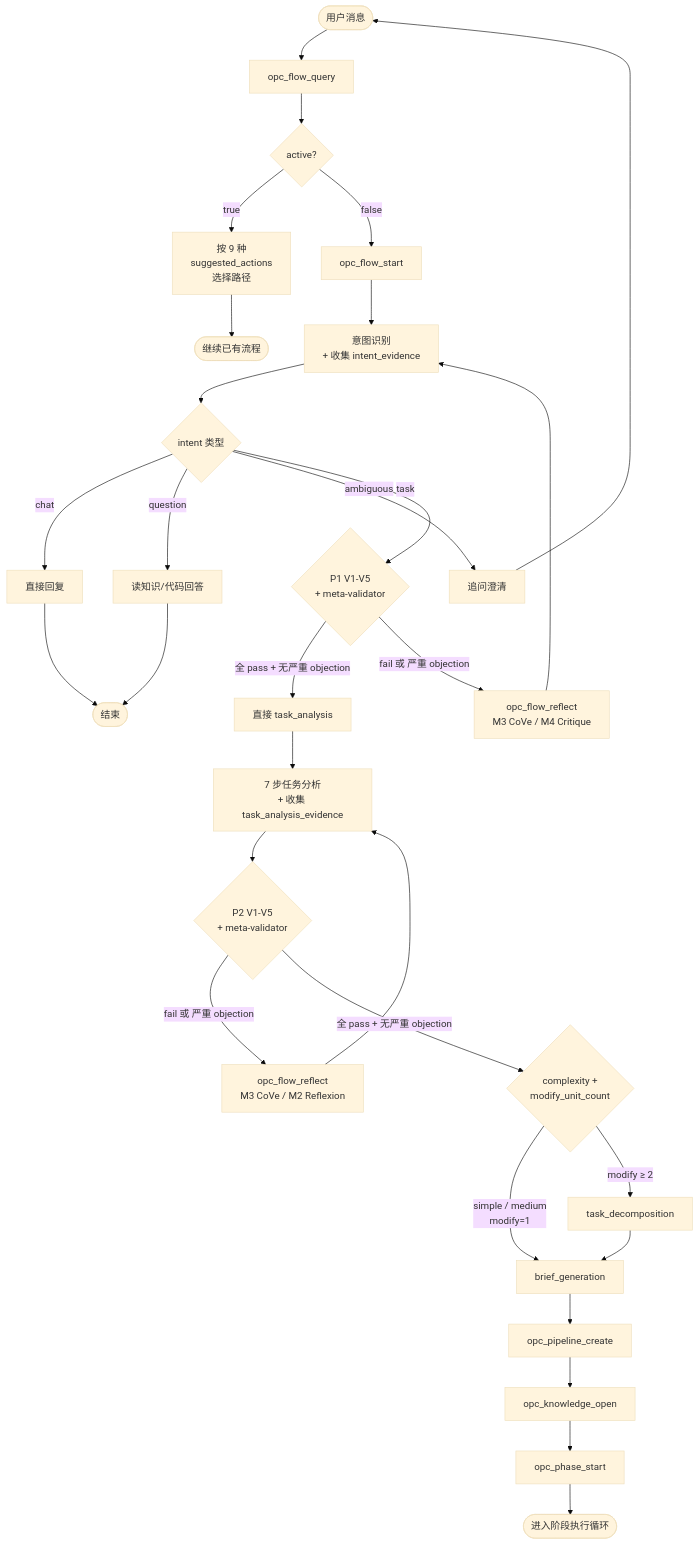
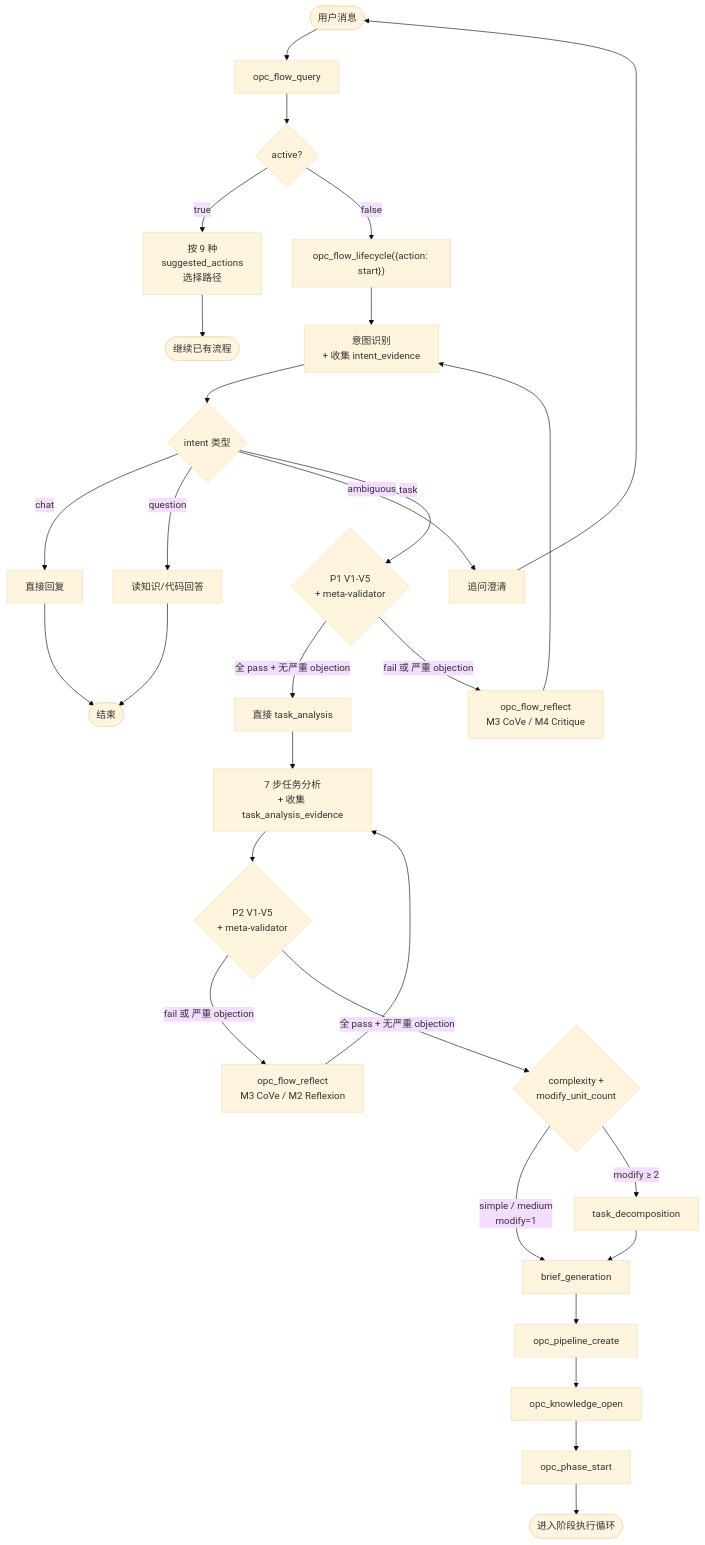
One commit to CaffeineOddity/opc-marketplace changed the second of 2 diagrams in doc/feature/02-opc-state-server/01-intent-analysis/00_overview.md. Above: the diagram before and after it, drawn with Mermaid (base theme). The commit also changed other lines of this file and 11 other files, not shown here.

First line of the commit message:
docs(M17.h): rewrite 01-intent-analysis for 7-tool flow surface

````diff
--- a/doc/feature/02-opc-state-server/01-intent-analysis/00_overview.md
+++ b/doc/feature/02-opc-state-server/01-intent-analysis/00_overview.md
@@ -74,41 +74,41 @@
 ```mermaid
 flowchart TD
     Start([用户消息]) --> Query[opc_flow_query]
     Query --> Active{active?}
 
     Active -->|true| Resume[按 9 种<br/>suggested_actions<br/>选择路径]
     Resume --> EndR([继续已有流程])
 
-    Active -->|false| FlowStart[opc_flow_start]
+    Active -->|false| FlowStart["opc_flow_lifecycle({action: start})"]
     FlowStart --> Intent[意图识别<br/>+ 收集 intent_evidence]
     Intent --> IType{intent 类型}
 
     IType -->|chat| Chat[直接回复]
     IType -->|question| Ans[读知识/代码回答]
     IType -->|ambiguous| Clarify[追问澄清]
     IType -->|task| P1{P1 V1-V5<br/>+ meta-validator}
 
     P1 -->|全 pass + 无严重 objection| HC[直接 task_analysis]
     P1 -->|fail 或 严重 objection| Reflect1[opc_flow_reflect<br/>M3 CoVe / M4 Critique]
     Reflect1 --> Intent
 
     HC --> Analysis[7 步任务分析<br/>+ 收集 task_analysis_evidence]
 
     Analysis --> P2{P2 V1-V5<br/>+ meta-validator}
     P2 -->|fail 或 严重 objection| Reflect2[opc_flow_reflect<br/>M3 CoVe / M2 Reflexion]
     Reflect2 --> Analysis
     P2 -->|全 pass + 无严重 objection| Route{complexity +<br/>modify_unit_count}
 
     Route -->|simple / medium<br/>modify=1| Brief[brief_generation]
     Route -->|modify ≥ 2| Decomp[task_decomposition]
     Decomp --> Brief
 
     Brief --> Create[opc_pipeline_create]
     Create --> Know[opc_knowledge_open]
     Know --> Phase[opc_phase_start]
     Phase --> EndP([进入阶段执行循环])
 
     Chat --> EndC([结束])
     Ans --> EndC
     Clarify --> Start
 ```
````
